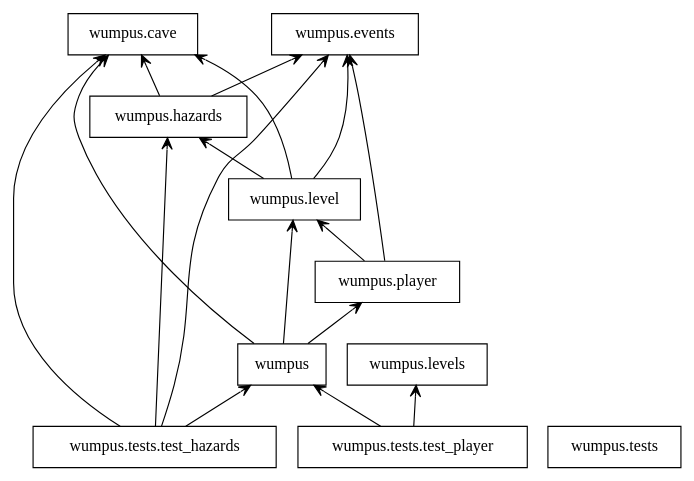
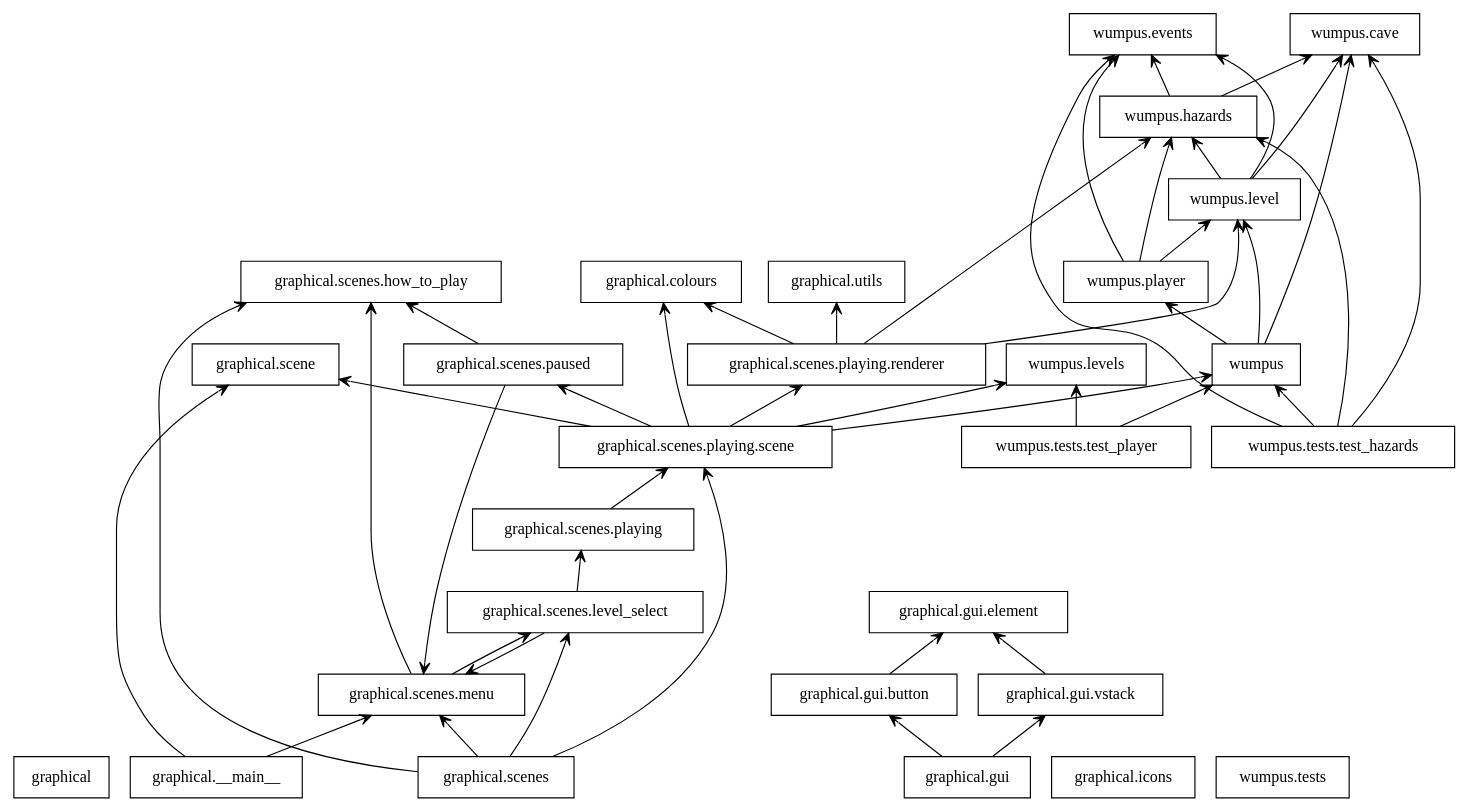
One commit to debater-coder/wumpus changed the diagram in packages.dot. Above: the diagram before and after it, drawn with Graphviz. The commit also changed 12 other files, not shown here.

```diff
--- a/packages.dot
+++ b/packages.dot
@@ -1,30 +1,76 @@
 digraph "packages" {
 rankdir=BT
 charset="utf-8"
+"graphical" [color="black", label=<graphical>, shape="box", style="solid"];
+"graphical.__main__" [color="black", label=<graphical.__main__>, shape="box", style="solid"];
+"graphical.colours" [color="black", label=<graphical.colours>, shape="box", style="solid"];
+"graphical.gui" [color="black", label=<graphical.gui>, shape="box", style="solid"];
+"graphical.gui.button" [color="black", label=<graphical.gui.button>, shape="box", style="solid"];
+"graphical.gui.element" [color="black", label=<graphical.gui.element>, shape="box", style="solid"];
+"graphical.gui.vstack" [color="black", label=<graphical.gui.vstack>, shape="box", style="solid"];
+"graphical.icons" [color="black", label=<graphical.icons>, shape="box", style="solid"];
+"graphical.scene" [color="black", label=<graphical.scene>, shape="box", style="solid"];
+"graphical.scenes" [color="black", label=<graphical.scenes>, shape="box", style="solid"];
+"graphical.scenes.how_to_play" [color="black", label=<graphical.scenes.how_to_play>, shape="box", style="solid"];
+"graphical.scenes.level_select" [color="black", label=<graphical.scenes.level_select>, shape="box", style="solid"];
+"graphical.scenes.menu" [color="black", label=<graphical.scenes.menu>, shape="box", style="solid"];
+"graphical.scenes.paused" [color="black", label=<graphical.scenes.paused>, shape="box", style="solid"];
+"graphical.scenes.playing" [color="black", label=<graphical.scenes.playing>, shape="box", style="solid"];
+"graphical.scenes.playing.renderer" [color="black", label=<graphical.scenes.playing.renderer>, shape="box", style="solid"];
+"graphical.scenes.playing.scene" [color="black", label=<graphical.scenes.playing.scene>, shape="box", style="solid"];
+"graphical.utils" [color="black", label=<graphical.utils>, shape="box", style="solid"];
 "wumpus" [color="black", label=<wumpus>, shape="box", style="solid"];
 "wumpus.cave" [color="black", label=<wumpus.cave>, shape="box", style="solid"];
 "wumpus.events" [color="black", label=<wumpus.events>, shape="box", style="solid"];
 "wumpus.hazards" [color="black", label=<wumpus.hazards>, shape="box", style="solid"];
 "wumpus.level" [color="black", label=<wumpus.level>, shape="box", style="solid"];
 "wumpus.levels" [color="black", label=<wumpus.levels>, shape="box", style="solid"];
 "wumpus.player" [color="black", label=<wumpus.player>, shape="box", style="solid"];
 "wumpus.tests" [color="black", label=<wumpus.tests>, shape="box", style="solid"];
 "wumpus.tests.test_hazards" [color="black", label=<wumpus.tests.test_hazards>, shape="box", style="solid"];
 "wumpus.tests.test_player" [color="black", label=<wumpus.tests.test_player>, shape="box", style="solid"];
+"graphical.__main__" -> "graphical.scene" [arrowhead="open", arrowtail="none"];
+"graphical.__main__" -> "graphical.scenes.menu" [arrowhead="open", arrowtail="none"];
+"graphical.gui" -> "graphical.gui.button" [arrowhead="open", arrowtail="none"];
+"graphical.gui" -> "graphical.gui.vstack" [arrowhead="open", arrowtail="none"];
+"graphical.gui.button" -> "graphical.gui.element" [arrowhead="open", arrowtail="none"];
+"graphical.gui.vstack" -> "graphical.gui.element" [arrowhead="open", arrowtail="none"];
+"graphical.scenes" -> "graphical.scenes.how_to_play" [arrowhead="open", arrowtail="none"];
+"graphical.scenes" -> "graphical.scenes.level_select" [arrowhead="open", arrowtail="none"];
+"graphical.scenes" -> "graphical.scenes.menu" [arrowhead="open", arrowtail="none"];
+"graphical.scenes" -> "graphical.scenes.playing.scene" [arrowhead="open", arrowtail="none"];
+"graphical.scenes.level_select" -> "graphical.scenes.menu" [arrowhead="open", arrowtail="none"];
+"graphical.scenes.level_select" -> "graphical.scenes.playing" [arrowhead="open", arrowtail="none"];
+"graphical.scenes.menu" -> "graphical.scenes.how_to_play" [arrowhead="open", arrowtail="none"];
+"graphical.scenes.menu" -> "graphical.scenes.level_select" [arrowhead="open", arrowtail="none"];
+"graphical.scenes.paused" -> "graphical.scenes.how_to_play" [arrowhead="open", arrowtail="none"];
+"graphical.scenes.paused" -> "graphical.scenes.menu" [arrowhead="open", arrowtail="none"];
+"graphical.scenes.playing" -> "graphical.scenes.playing.scene" [arrowhead="open", arrowtail="none"];
+"graphical.scenes.playing.renderer" -> "graphical.colours" [arrowhead="open", arrowtail="none"];
+"graphical.scenes.playing.renderer" -> "graphical.utils" [arrowhead="open", arrowtail="none"];
+"graphical.scenes.playing.renderer" -> "wumpus.hazards" [arrowhead="open", arrowtail="none"];
+"graphical.scenes.playing.renderer" -> "wumpus.level" [arrowhead="open", arrowtail="none"];
+"graphical.scenes.playing.scene" -> "graphical.colours" [arrowhead="open", arrowtail="none"];
+"graphical.scenes.playing.scene" -> "graphical.scene" [arrowhead="open", arrowtail="none"];
+"graphical.scenes.playing.scene" -> "graphical.scenes.paused" [arrowhead="open", arrowtail="none"];
+"graphical.scenes.playing.scene" -> "graphical.scenes.playing.renderer" [arrowhead="open", arrowtail="none"];
+"graphical.scenes.playing.scene" -> "wumpus" [arrowhead="open", arrowtail="none"];
+"graphical.scenes.playing.scene" -> "wumpus.levels" [arrowhead="open", arrowtail="none"];
 "wumpus" -> "wumpus.cave" [arrowhead="open", arrowtail="none"];
 "wumpus" -> "wumpus.level" [arrowhead="open", arrowtail="none"];
 "wumpus" -> "wumpus.player" [arrowhead="open", arrowtail="none"];
 "wumpus.hazards" -> "wumpus.cave" [arrowhead="open", arrowtail="none"];
 "wumpus.hazards" -> "wumpus.events" [arrowhead="open", arrowtail="none"];
 "wumpus.level" -> "wumpus.cave" [arrowhead="open", arrowtail="none"];
 "wumpus.level" -> "wumpus.events" [arrowhead="open", arrowtail="none"];
 "wumpus.level" -> "wumpus.hazards" [arrowhead="open", arrowtail="none"];
 "wumpus.player" -> "wumpus.events" [arrowhead="open", arrowtail="none"];
+"wumpus.player" -> "wumpus.hazards" [arrowhead="open", arrowtail="none"];
 "wumpus.player" -> "wumpus.level" [arrowhead="open", arrowtail="none"];
 "wumpus.tests.test_hazards" -> "wumpus" [arrowhead="open", arrowtail="none"];
 "wumpus.tests.test_hazards" -> "wumpus.cave" [arrowhead="open", arrowtail="none"];
 "wumpus.tests.test_hazards" -> "wumpus.events" [arrowhead="open", arrowtail="none"];
 "wumpus.tests.test_hazards" -> "wumpus.hazards" [arrowhead="open", arrowtail="none"];
 "wumpus.tests.test_player" -> "wumpus" [arrowhead="open", arrowtail="none"];
 "wumpus.tests.test_player" -> "wumpus.levels" [arrowhead="open", arrowtail="none"];
 }
```
